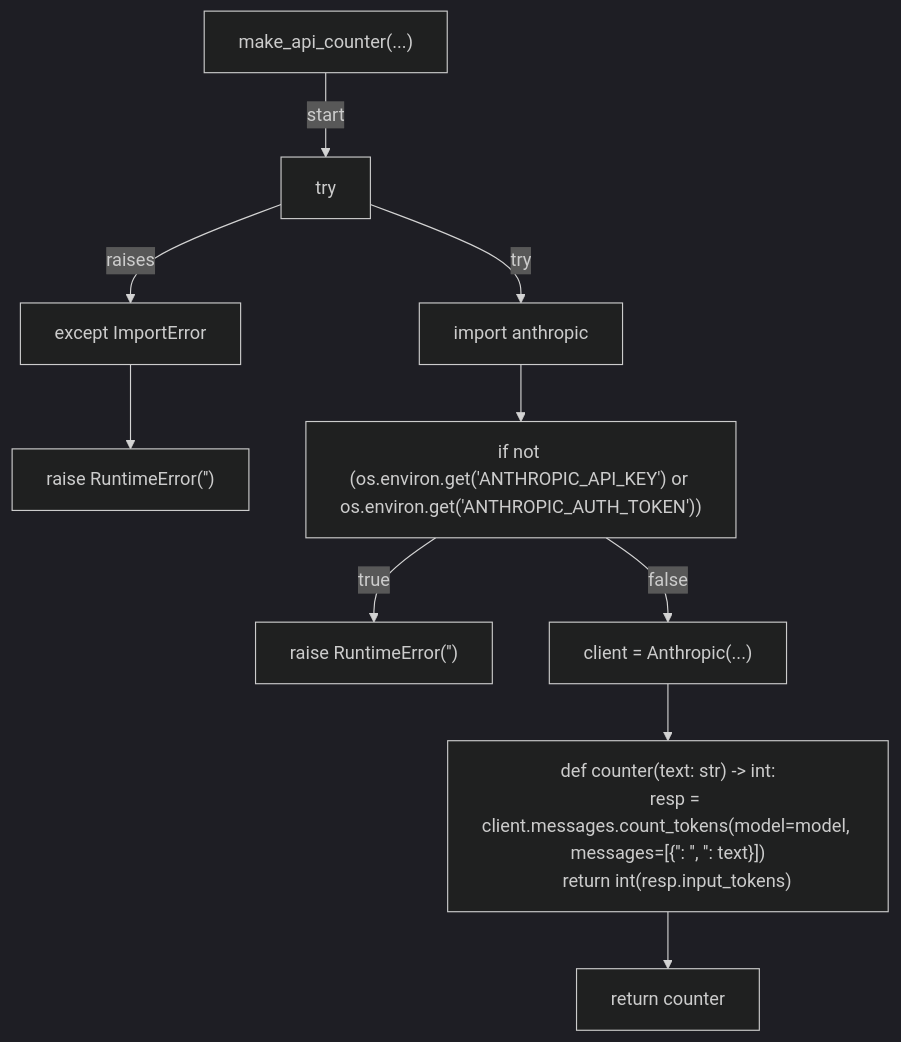
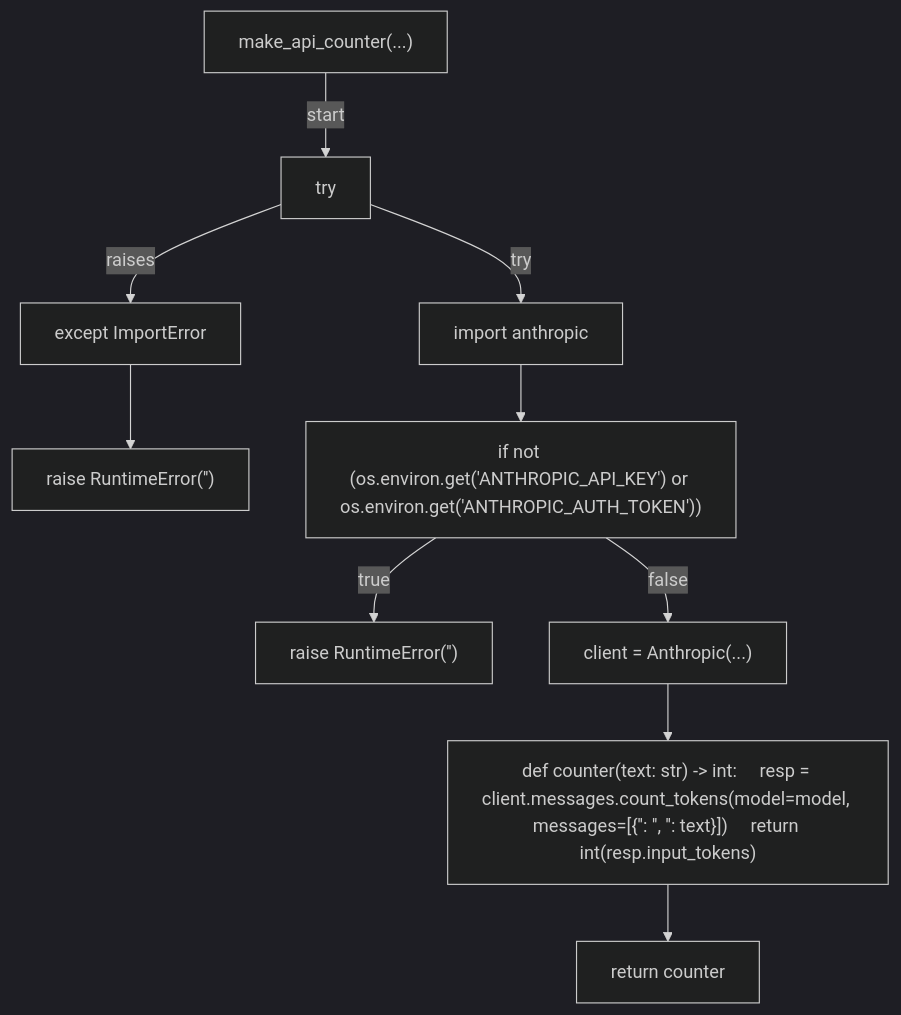
The ninth of 10 diagrams in docs/generated/scripts/ast/measure_prefix_tokens.md (tvna/claude-md), drawn with Mermaid (dark theme) before and after one commit. The commit also changed other lines of this file and 30 other files, not shown here.

First line of the commit message:
docs(generated): regenerate decision tree and workflow diagrams (batch 2/5)

````diff
--- a/docs/generated/scripts/ast/measure_prefix_tokens.md
+++ b/docs/generated/scripts/ast/measure_prefix_tokens.md
@@ -144,24 +140,22 @@
 ```mermaid
 flowchart TD
     N001["make_api_counter(...)"]
     N002["try"]
     N003["import anthropic"]
     N004["except ImportError"]
     N005["raise RuntimeError('<str>')"]
     N006["if not (os.environ.get('ANTHROPIC_API_KEY') or os.environ.get('ANTHROPIC_AUTH_TOKEN'))"]
     N007["raise RuntimeError('<str>')"]
     N008["client = Anthropic(...)"]
-    N009["def counter(text: str) -> int:
-    resp = client.messages.count_tokens(model=model, messages=[{'<str>': '<str>', '<str>': text}])
-    return int(resp.input_tokens)"]
+    N009["def counter(text: str) -> int:     resp = client.messages.count_tokens(model=model, messages=[{'<str>': '<str>', '<str>': text}])     return int(resp.input_tokens)"]
     N010["return counter"]
     N001 -->|"start"| N002
     N002 -->|"try"| N003
     N002 -->|"raises"| N004
     N004 --> N005
     N003 --> N006
     N006 -->|"true"| N007
     N006 -->|"false"| N008
     N008 --> N009
     N009 --> N010
 ```
````
